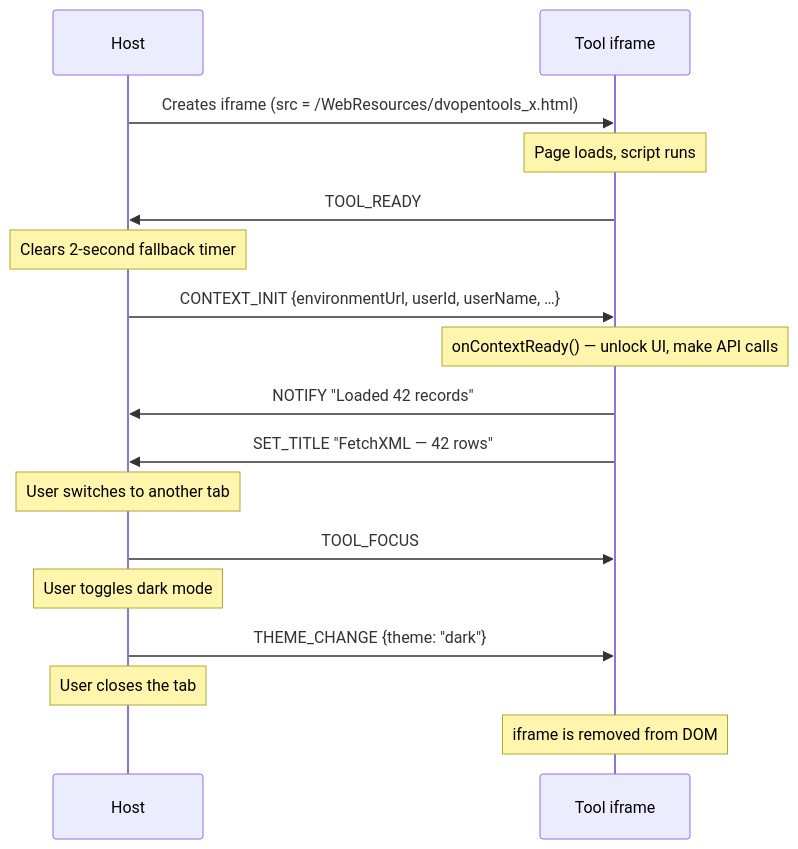
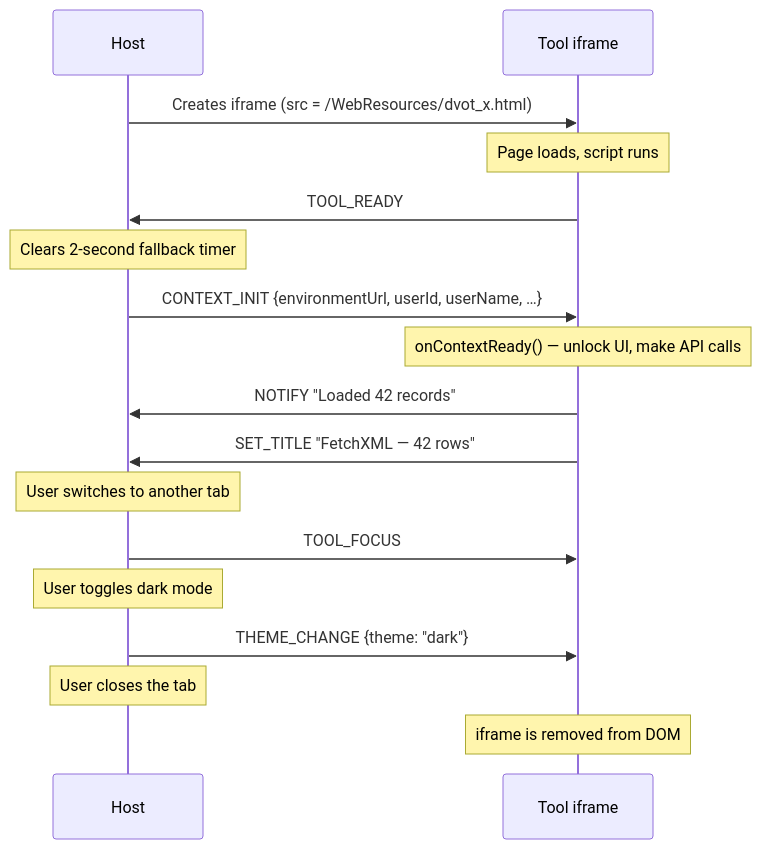
The diagram in DV-Open-Tools-Developer-Guide.md (AshV/DataverseOpenTools), drawn with Mermaid before and after one commit. The commit also changed other lines of this file and 36 other files, not shown here.

Commit message:
Rename prefix and files from dvopentools_ to dvot_

````diff
--- a/DV-Open-Tools-Developer-Guide.md
+++ b/DV-Open-Tools-Developer-Guide.md
@@ -133,20 +133,20 @@
 ```mermaid
 sequenceDiagram
     participant H as Host
     participant T as Tool iframe
 
-    H->>T: Creates iframe (src = /WebResources/dvopentools_x.html)
+    H->>T: Creates iframe (src = /WebResources/dvot_x.html)
     Note over T: Page loads, script runs
     T->>H: TOOL_READY
     Note over H: Clears 2-second fallback timer
     H->>T: CONTEXT_INIT  {environmentUrl, userId, userName, …}
     Note over T: onContextReady() — unlock UI, make API calls
     T->>H: NOTIFY  "Loaded 42 records"
     T->>H: SET_TITLE  "FetchXML — 42 rows"
     Note over H: User switches to another tab
     H->>T: TOOL_FOCUS
     Note over H: User toggles dark mode
     H->>T: THEME_CHANGE  {theme: "dark"}
     Note over H: User closes the tab
     Note over T: iframe is removed from DOM
 ```
````
